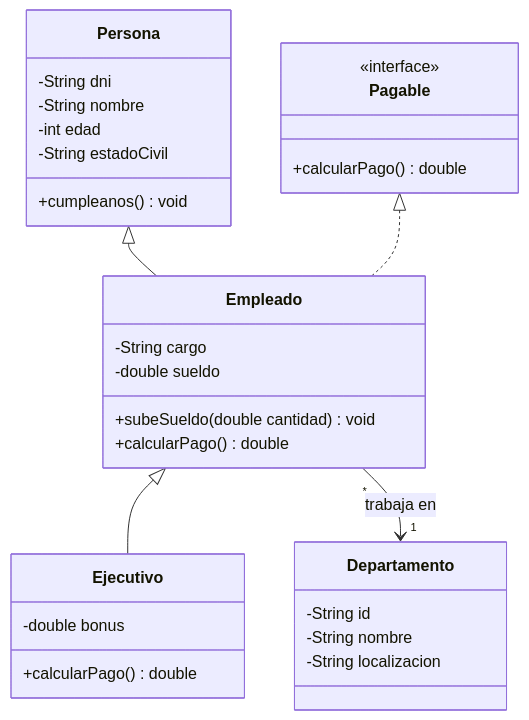
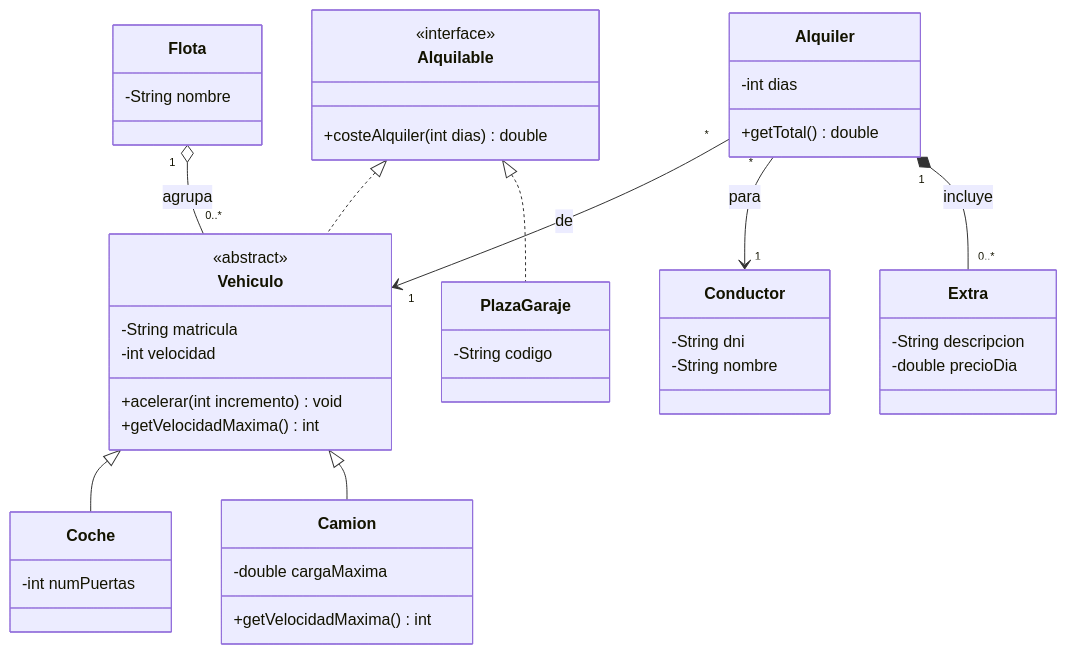
Before and after one commit to rlrprofe/poo: the first of 3 diagrams in docs/capitulos/08-puente-uml.md, drawn with Mermaid. The commit also changed other lines of this file and 30 other files, not shown here.

````diff
--- a/docs/capitulos/08-puente-uml.md
+++ b/docs/capitulos/08-puente-uml.md
@@ -41,33 +41,47 @@
 ```mermaid
 classDiagram
-    class Pagable {
+    class Alquilable {
         <<interface>>
-        +calcularPago() double
+        +costeAlquiler(int dias) double
     }
-    class Persona {
+    class Vehiculo {
+        <<abstract>>
+        -String matricula
+        -int velocidad
+        +acelerar(int incremento) void
+        +getVelocidadMaxima() int
+    }
+    class Coche {
+        -int numPuertas
+    }
+    class Camion {
+        -double cargaMaxima
+        +getVelocidadMaxima() int
+    }
+    class PlazaGaraje {
+        -String codigo
+    }
+    class Conductor {
         -String dni
         -String nombre
-        -int edad
-        -String estadoCivil
-        +cumpleanos() void
     }
-    class Empleado {
-        -String cargo
-        -double sueldo
-        +subeSueldo(double cantidad) void
-        +calcularPago() double
+    class Flota {
+        -String nombre
     }
-    class Ejecutivo {
-        -double bonus
-        +calcularPago() double
+    class Alquiler {
+        -int dias
+        +getTotal() double
     }
-    class Departamento {
-        -String id
-        -String nombre
-        -String localizacion
+    class Extra {
+        -String descripcion
+        -double precioDia
     }
-    Persona <|-- Empleado
-    Empleado <|-- Ejecutivo
-    Pagable <|.. Empleado
-    Empleado "*" --> "1" Departamento : trabaja en
+    Alquilable <|.. Vehiculo
+    Alquilable <|.. PlazaGaraje
+    Vehiculo <|-- Coche
+    Vehiculo <|-- Camion
+    Flota "1" o-- "0..*" Vehiculo : agrupa
+    Alquiler "*" --> "1" Vehiculo : de
+    Alquiler "*" --> "1" Conductor : para
+    Alquiler "1" *-- "0..*" Extra : incluye
 ```
````
